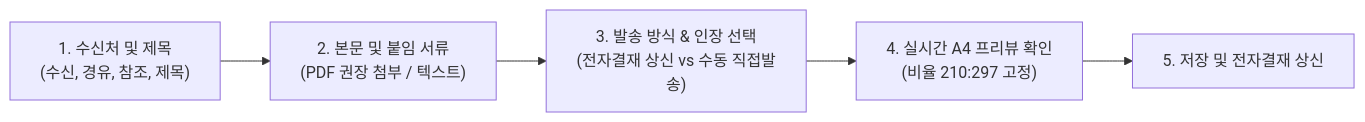
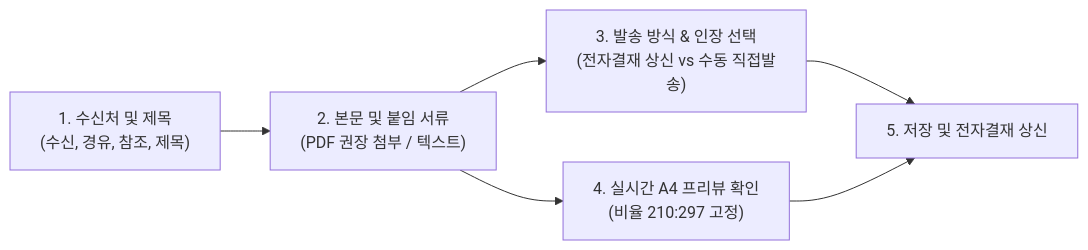
One commit to nc2U/ibs changed the diagram in app/vue/docs/approval/official-letter.md. Above: the diagram before and after it, drawn with Mermaid. The commit also changed other lines of this file and 17 other files, not shown here.

````diff
--- a/app/vue/docs/approval/official-letter.md
+++ b/app/vue/docs/approval/official-letter.md
@@ -16,7 +21,7 @@
 ```mermaid
 flowchart LR
     A["1. 수신처 및 제목<br>(수신, 경유, 참조, 제목)"] --> B["2. 본문 및 붙임 서류<br>(PDF 권장 첨부 / 텍스트)"]
     B --> C["3. 발송 방식 & 인장 선택<br>(전자결재 상신 vs 수동 직접발송)"]
-    C --> D["4. 실시간 A4 프리뷰 확인<br>(비율 210:297 고정)"]
-    D --> E["5. 저장 및 전자결재 상신"]
+    B --> D["4. 실시간 A4 프리뷰 확인<br>(비율 210:297 고정)"]
+    C & D --> E["5. 저장 및 전자결재 상신"]
 ```
````
